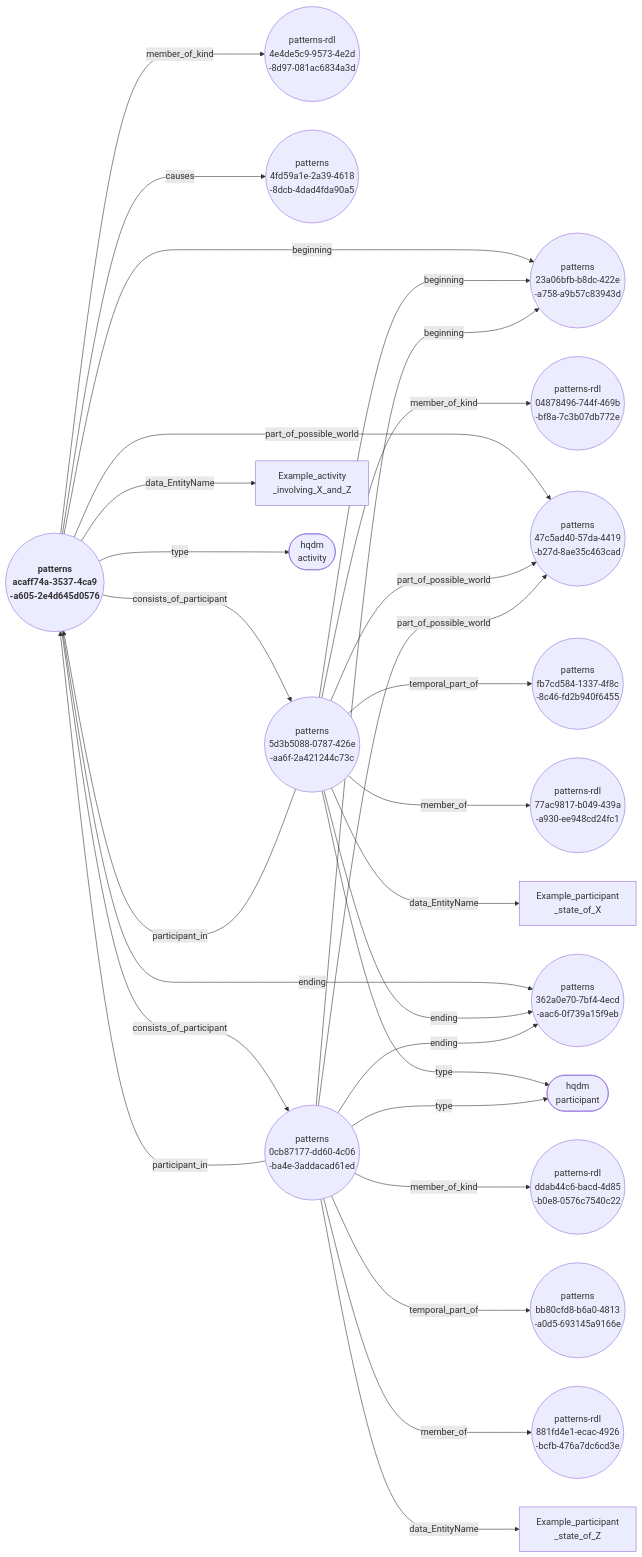
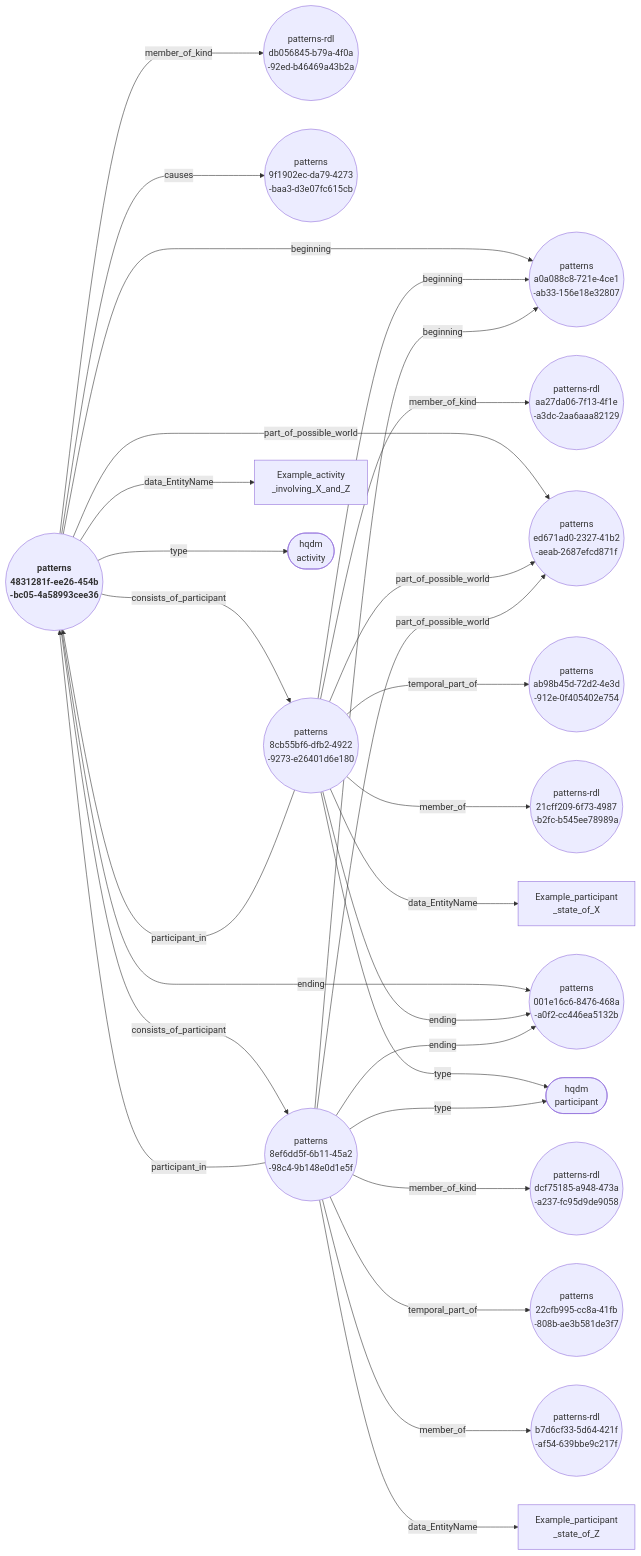
One commit to ClimbingAl/HqdmPatterns changed the diagram in docs/extras/example-files/genericActivityAndParticipantsNodeEdgeGraph.mermaid. Above: the diagram before and after it, drawn with Mermaid. The commit also changed 35 other files, not shown here.

````diff
--- a/docs/extras/example-files/genericActivityAndParticipantsNodeEdgeGraph.mermaid
+++ b/docs/extras/example-files/genericActivityAndParticipantsNodeEdgeGraph.mermaid
@@ -1,30 +1,30 @@
 ``` mermaid
 graph LR
-  acaff74a-3537-4ca9-a605-2e4d645d0576(("<b> patterns <br> acaff74a-3537-4ca9 <br> -a605-2e4d645d0576"))--->|"beginning"|23a06bfb-b8dc-422e-a758-a9b57c83943d(("patterns <br> 23a06bfb-b8dc-422e <br> -a758-a9b57c83943d"));
-  acaff74a-3537-4ca9-a605-2e4d645d0576(("<b> patterns <br> acaff74a-3537-4ca9 <br> -a605-2e4d645d0576"))--->|"member_of_kind"|4e4de5c9-9573-4e2d-8d97-081ac6834a3d(("patterns-rdl <br> 4e4de5c9-9573-4e2d <br> -8d97-081ac6834a3d"));
-  acaff74a-3537-4ca9-a605-2e4d645d0576(("<b> patterns <br> acaff74a-3537-4ca9 <br> -a605-2e4d645d0576"))--->|"causes"|4fd59a1e-2a39-4618-8dcb-4dad4fda90a5(("patterns <br> 4fd59a1e-2a39-4618 <br> -8dcb-4dad4fda90a5"));
-  acaff74a-3537-4ca9-a605-2e4d645d0576(("<b> patterns <br> acaff74a-3537-4ca9 <br> -a605-2e4d645d0576"))--->|"consists_of_participant"|5d3b5088-0787-426e-aa6f-2a421244c73c(("patterns <br> 5d3b5088-0787-426e <br> -aa6f-2a421244c73c"));
-  acaff74a-3537-4ca9-a605-2e4d645d0576(("<b> patterns <br> acaff74a-3537-4ca9 <br> -a605-2e4d645d0576"))--->|"consists_of_participant"|0cb87177-dd60-4c06-ba4e-3addacad61ed(("patterns <br> 0cb87177-dd60-4c06 <br> -ba4e-3addacad61ed"));
-  acaff74a-3537-4ca9-a605-2e4d645d0576(("<b> patterns <br> acaff74a-3537-4ca9 <br> -a605-2e4d645d0576"))--->|"part_of_possible_world"|47c5ad40-57da-4419-b27d-8ae35c463cad(("patterns <br> 47c5ad40-57da-4419 <br> -b27d-8ae35c463cad"));
-  acaff74a-3537-4ca9-a605-2e4d645d0576(("<b> patterns <br> acaff74a-3537-4ca9 <br> -a605-2e4d645d0576"))--->|"data_EntityName"|Example_activity_involving_X_and_Z["Example_activity <br> _involving_X_and_Z"];
-  acaff74a-3537-4ca9-a605-2e4d645d0576(("<b> patterns <br> acaff74a-3537-4ca9 <br> -a605-2e4d645d0576"))--->|"ending"|362a0e70-7bf4-4ecd-aac6-0f739a15f9eb(("patterns <br> 362a0e70-7bf4-4ecd <br> -aac6-0f739a15f9eb"));
-  acaff74a-3537-4ca9-a605-2e4d645d0576(("<b> patterns <br> acaff74a-3537-4ca9 <br> -a605-2e4d645d0576"))--->|"type"|activity(["hqdm <br> activity"]);
-  5d3b5088-0787-426e-aa6f-2a421244c73c(("patterns <br> 5d3b5088-0787-426e <br> -aa6f-2a421244c73c"))--->|"beginning"|23a06bfb-b8dc-422e-a758-a9b57c83943d(("patterns <br> 23a06bfb-b8dc-422e <br> -a758-a9b57c83943d"));
-  5d3b5088-0787-426e-aa6f-2a421244c73c(("patterns <br> 5d3b5088-0787-426e <br> -aa6f-2a421244c73c"))--->|"member_of_kind"|04878496-744f-469b-bf8a-7c3b07db772e(("patterns-rdl <br> 04878496-744f-469b <br> -bf8a-7c3b07db772e"));
-  5d3b5088-0787-426e-aa6f-2a421244c73c(("patterns <br> 5d3b5088-0787-426e <br> -aa6f-2a421244c73c"))--->|"part_of_possible_world"|47c5ad40-57da-4419-b27d-8ae35c463cad(("patterns <br> 47c5ad40-57da-4419 <br> -b27d-8ae35c463cad"));
-  5d3b5088-0787-426e-aa6f-2a421244c73c(("patterns <br> 5d3b5088-0787-426e <br> -aa6f-2a421244c73c"))--->|"participant_in"|acaff74a-3537-4ca9-a605-2e4d645d0576(("<b> patterns <br> acaff74a-3537-4ca9 <br> -a605-2e4d645d0576"));
-  5d3b5088-0787-426e-aa6f-2a421244c73c(("patterns <br> 5d3b5088-0787-426e <br> -aa6f-2a421244c73c"))--->|"temporal_part_of"|fb7cd584-1337-4f8c-8c46-fd2b940f6455(("patterns <br> fb7cd584-1337-4f8c <br> -8c46-fd2b940f6455"));
-  5d3b5088-0787-426e-aa6f-2a421244c73c(("patterns <br> 5d3b5088-0787-426e <br> -aa6f-2a421244c73c"))--->|"member_of"|77ac9817-b049-439a-a930-ee948cd24fc1(("patterns-rdl <br> 77ac9817-b049-439a <br> -a930-ee948cd24fc1"));
-  5d3b5088-0787-426e-aa6f-2a421244c73c(("patterns <br> 5d3b5088-0787-426e <br> -aa6f-2a421244c73c"))--->|"data_EntityName"|Example_participant_state_of_X["Example_participant <br> _state_of_X"];
-  5d3b5088-0787-426e-aa6f-2a421244c73c(("patterns <br> 5d3b5088-0787-426e <br> -aa6f-2a421244c73c"))--->|"ending"|362a0e70-7bf4-4ecd-aac6-0f739a15f9eb(("patterns <br> 362a0e70-7bf4-4ecd <br> -aac6-0f739a15f9eb"));
-  5d3b5088-0787-426e-aa6f-2a421244c73c(("patterns <br> 5d3b5088-0787-426e <br> -aa6f-2a421244c73c"))--->|"type"|participant(["hqdm <br> participant"]);
-  0cb87177-dd60-4c06-ba4e-3addacad61ed(("patterns <br> 0cb87177-dd60-4c06 <br> -ba4e-3addacad61ed"))--->|"beginning"|23a06bfb-b8dc-422e-a758-a9b57c83943d(("patterns <br> 23a06bfb-b8dc-422e <br> -a758-a9b57c83943d"));
-  0cb87177-dd60-4c06-ba4e-3addacad61ed(("patterns <br> 0cb87177-dd60-4c06 <br> -ba4e-3addacad61ed"))--->|"member_of_kind"|ddab44c6-bacd-4d85-b0e8-0576c7540c22(("patterns-rdl <br> ddab44c6-bacd-4d85 <br> -b0e8-0576c7540c22"));
-  0cb87177-dd60-4c06-ba4e-3addacad61ed(("patterns <br> 0cb87177-dd60-4c06 <br> -ba4e-3addacad61ed"))--->|"part_of_possible_world"|47c5ad40-57da-4419-b27d-8ae35c463cad(("patterns <br> 47c5ad40-57da-4419 <br> -b27d-8ae35c463cad"));
-  0cb87177-dd60-4c06-ba4e-3addacad61ed(("patterns <br> 0cb87177-dd60-4c06 <br> -ba4e-3addacad61ed"))--->|"participant_in"|acaff74a-3537-4ca9-a605-2e4d645d0576(("<b> patterns <br> acaff74a-3537-4ca9 <br> -a605-2e4d645d0576"));
-  0cb87177-dd60-4c06-ba4e-3addacad61ed(("patterns <br> 0cb87177-dd60-4c06 <br> -ba4e-3addacad61ed"))--->|"temporal_part_of"|bb80cfd8-b6a0-4813-a0d5-693145a9166e(("patterns <br> bb80cfd8-b6a0-4813 <br> -a0d5-693145a9166e"));
-  0cb87177-dd60-4c06-ba4e-3addacad61ed(("patterns <br> 0cb87177-dd60-4c06 <br> -ba4e-3addacad61ed"))--->|"member_of"|881fd4e1-ecac-4926-bcfb-476a7dc6cd3e(("patterns-rdl <br> 881fd4e1-ecac-4926 <br> -bcfb-476a7dc6cd3e"));
-  0cb87177-dd60-4c06-ba4e-3addacad61ed(("patterns <br> 0cb87177-dd60-4c06 <br> -ba4e-3addacad61ed"))--->|"data_EntityName"|Example_participant_state_of_Z["Example_participant <br> _state_of_Z"];
-  0cb87177-dd60-4c06-ba4e-3addacad61ed(("patterns <br> 0cb87177-dd60-4c06 <br> -ba4e-3addacad61ed"))--->|"ending"|362a0e70-7bf4-4ecd-aac6-0f739a15f9eb(("patterns <br> 362a0e70-7bf4-4ecd <br> -aac6-0f739a15f9eb"));
-  0cb87177-dd60-4c06-ba4e-3addacad61ed(("patterns <br> 0cb87177-dd60-4c06 <br> -ba4e-3addacad61ed"))--->|"type"|participant(["hqdm <br> participant"]);
+  4831281f-ee26-454b-bc05-4a58993cee36(("<b> patterns <br> 4831281f-ee26-454b <br> -bc05-4a58993cee36"))--->|"beginning"|a0a088c8-721e-4ce1-ab33-156e18e32807(("patterns <br> a0a088c8-721e-4ce1 <br> -ab33-156e18e32807"));
+  4831281f-ee26-454b-bc05-4a58993cee36(("<b> patterns <br> 4831281f-ee26-454b <br> -bc05-4a58993cee36"))--->|"member_of_kind"|db056845-b79a-4f0a-92ed-b46469a43b2a(("patterns-rdl <br> db056845-b79a-4f0a <br> -92ed-b46469a43b2a"));
+  4831281f-ee26-454b-bc05-4a58993cee36(("<b> patterns <br> 4831281f-ee26-454b <br> -bc05-4a58993cee36"))--->|"causes"|9f1902ec-da79-4273-baa3-d3e07fc615cb(("patterns <br> 9f1902ec-da79-4273 <br> -baa3-d3e07fc615cb"));
+  4831281f-ee26-454b-bc05-4a58993cee36(("<b> patterns <br> 4831281f-ee26-454b <br> -bc05-4a58993cee36"))--->|"consists_of_participant"|8cb55bf6-dfb2-4922-9273-e26401d6e180(("patterns <br> 8cb55bf6-dfb2-4922 <br> -9273-e26401d6e180"));
+  4831281f-ee26-454b-bc05-4a58993cee36(("<b> patterns <br> 4831281f-ee26-454b <br> -bc05-4a58993cee36"))--->|"consists_of_participant"|8ef6dd5f-6b11-45a2-98c4-9b148e0d1e5f(("patterns <br> 8ef6dd5f-6b11-45a2 <br> -98c4-9b148e0d1e5f"));
+  4831281f-ee26-454b-bc05-4a58993cee36(("<b> patterns <br> 4831281f-ee26-454b <br> -bc05-4a58993cee36"))--->|"part_of_possible_world"|ed671ad0-2327-41b2-aeab-2687efcd871f(("patterns <br> ed671ad0-2327-41b2 <br> -aeab-2687efcd871f"));
+  4831281f-ee26-454b-bc05-4a58993cee36(("<b> patterns <br> 4831281f-ee26-454b <br> -bc05-4a58993cee36"))--->|"data_EntityName"|Example_activity_involving_X_and_Z["Example_activity <br> _involving_X_and_Z"];
+  4831281f-ee26-454b-bc05-4a58993cee36(("<b> patterns <br> 4831281f-ee26-454b <br> -bc05-4a58993cee36"))--->|"ending"|001e16c6-8476-468a-a0f2-cc446ea5132b(("patterns <br> 001e16c6-8476-468a <br> -a0f2-cc446ea5132b"));
+  4831281f-ee26-454b-bc05-4a58993cee36(("<b> patterns <br> 4831281f-ee26-454b <br> -bc05-4a58993cee36"))--->|"type"|activity(["hqdm <br> activity"]);
+  8cb55bf6-dfb2-4922-9273-e26401d6e180(("patterns <br> 8cb55bf6-dfb2-4922 <br> -9273-e26401d6e180"))--->|"beginning"|a0a088c8-721e-4ce1-ab33-156e18e32807(("patterns <br> a0a088c8-721e-4ce1 <br> -ab33-156e18e32807"));
+  8cb55bf6-dfb2-4922-9273-e26401d6e180(("patterns <br> 8cb55bf6-dfb2-4922 <br> -9273-e26401d6e180"))--->|"member_of_kind"|aa27da06-7f13-4f1e-a3dc-2aa6aaa82129(("patterns-rdl <br> aa27da06-7f13-4f1e <br> -a3dc-2aa6aaa82129"));
+  8cb55bf6-dfb2-4922-9273-e26401d6e180(("patterns <br> 8cb55bf6-dfb2-4922 <br> -9273-e26401d6e180"))--->|"part_of_possible_world"|ed671ad0-2327-41b2-aeab-2687efcd871f(("patterns <br> ed671ad0-2327-41b2 <br> -aeab-2687efcd871f"));
+  8cb55bf6-dfb2-4922-9273-e26401d6e180(("patterns <br> 8cb55bf6-dfb2-4922 <br> -9273-e26401d6e180"))--->|"participant_in"|4831281f-ee26-454b-bc05-4a58993cee36(("<b> patterns <br> 4831281f-ee26-454b <br> -bc05-4a58993cee36"));
+  8cb55bf6-dfb2-4922-9273-e26401d6e180(("patterns <br> 8cb55bf6-dfb2-4922 <br> -9273-e26401d6e180"))--->|"temporal_part_of"|ab98b45d-72d2-4e3d-912e-0f405402e754(("patterns <br> ab98b45d-72d2-4e3d <br> -912e-0f405402e754"));
+  8cb55bf6-dfb2-4922-9273-e26401d6e180(("patterns <br> 8cb55bf6-dfb2-4922 <br> -9273-e26401d6e180"))--->|"member_of"|21cff209-6f73-4987-b2fc-b545ee78989a(("patterns-rdl <br> 21cff209-6f73-4987 <br> -b2fc-b545ee78989a"));
+  8cb55bf6-dfb2-4922-9273-e26401d6e180(("patterns <br> 8cb55bf6-dfb2-4922 <br> -9273-e26401d6e180"))--->|"data_EntityName"|Example_participant_state_of_X["Example_participant <br> _state_of_X"];
+  8cb55bf6-dfb2-4922-9273-e26401d6e180(("patterns <br> 8cb55bf6-dfb2-4922 <br> -9273-e26401d6e180"))--->|"ending"|001e16c6-8476-468a-a0f2-cc446ea5132b(("patterns <br> 001e16c6-8476-468a <br> -a0f2-cc446ea5132b"));
+  8cb55bf6-dfb2-4922-9273-e26401d6e180(("patterns <br> 8cb55bf6-dfb2-4922 <br> -9273-e26401d6e180"))--->|"type"|participant(["hqdm <br> participant"]);
+  8ef6dd5f-6b11-45a2-98c4-9b148e0d1e5f(("patterns <br> 8ef6dd5f-6b11-45a2 <br> -98c4-9b148e0d1e5f"))--->|"beginning"|a0a088c8-721e-4ce1-ab33-156e18e32807(("patterns <br> a0a088c8-721e-4ce1 <br> -ab33-156e18e32807"));
+  8ef6dd5f-6b11-45a2-98c4-9b148e0d1e5f(("patterns <br> 8ef6dd5f-6b11-45a2 <br> -98c4-9b148e0d1e5f"))--->|"member_of_kind"|dcf75185-a948-473a-a237-fc95d9de9058(("patterns-rdl <br> dcf75185-a948-473a <br> -a237-fc95d9de9058"));
+  8ef6dd5f-6b11-45a2-98c4-9b148e0d1e5f(("patterns <br> 8ef6dd5f-6b11-45a2 <br> -98c4-9b148e0d1e5f"))--->|"part_of_possible_world"|ed671ad0-2327-41b2-aeab-2687efcd871f(("patterns <br> ed671ad0-2327-41b2 <br> -aeab-2687efcd871f"));
+  8ef6dd5f-6b11-45a2-98c4-9b148e0d1e5f(("patterns <br> 8ef6dd5f-6b11-45a2 <br> -98c4-9b148e0d1e5f"))--->|"participant_in"|4831281f-ee26-454b-bc05-4a58993cee36(("<b> patterns <br> 4831281f-ee26-454b <br> -bc05-4a58993cee36"));
+  8ef6dd5f-6b11-45a2-98c4-9b148e0d1e5f(("patterns <br> 8ef6dd5f-6b11-45a2 <br> -98c4-9b148e0d1e5f"))--->|"temporal_part_of"|22cfb995-cc8a-41fb-808b-ae3b581de3f7(("patterns <br> 22cfb995-cc8a-41fb <br> -808b-ae3b581de3f7"));
+  8ef6dd5f-6b11-45a2-98c4-9b148e0d1e5f(("patterns <br> 8ef6dd5f-6b11-45a2 <br> -98c4-9b148e0d1e5f"))--->|"member_of"|b7d6cf33-5d64-421f-af54-639bbe9c217f(("patterns-rdl <br> b7d6cf33-5d64-421f <br> -af54-639bbe9c217f"));
+  8ef6dd5f-6b11-45a2-98c4-9b148e0d1e5f(("patterns <br> 8ef6dd5f-6b11-45a2 <br> -98c4-9b148e0d1e5f"))--->|"data_EntityName"|Example_participant_state_of_Z["Example_participant <br> _state_of_Z"];
+  8ef6dd5f-6b11-45a2-98c4-9b148e0d1e5f(("patterns <br> 8ef6dd5f-6b11-45a2 <br> -98c4-9b148e0d1e5f"))--->|"ending"|001e16c6-8476-468a-a0f2-cc446ea5132b(("patterns <br> 001e16c6-8476-468a <br> -a0f2-cc446ea5132b"));
+  8ef6dd5f-6b11-45a2-98c4-9b148e0d1e5f(("patterns <br> 8ef6dd5f-6b11-45a2 <br> -98c4-9b148e0d1e5f"))--->|"type"|participant(["hqdm <br> participant"]);
 ```
````
